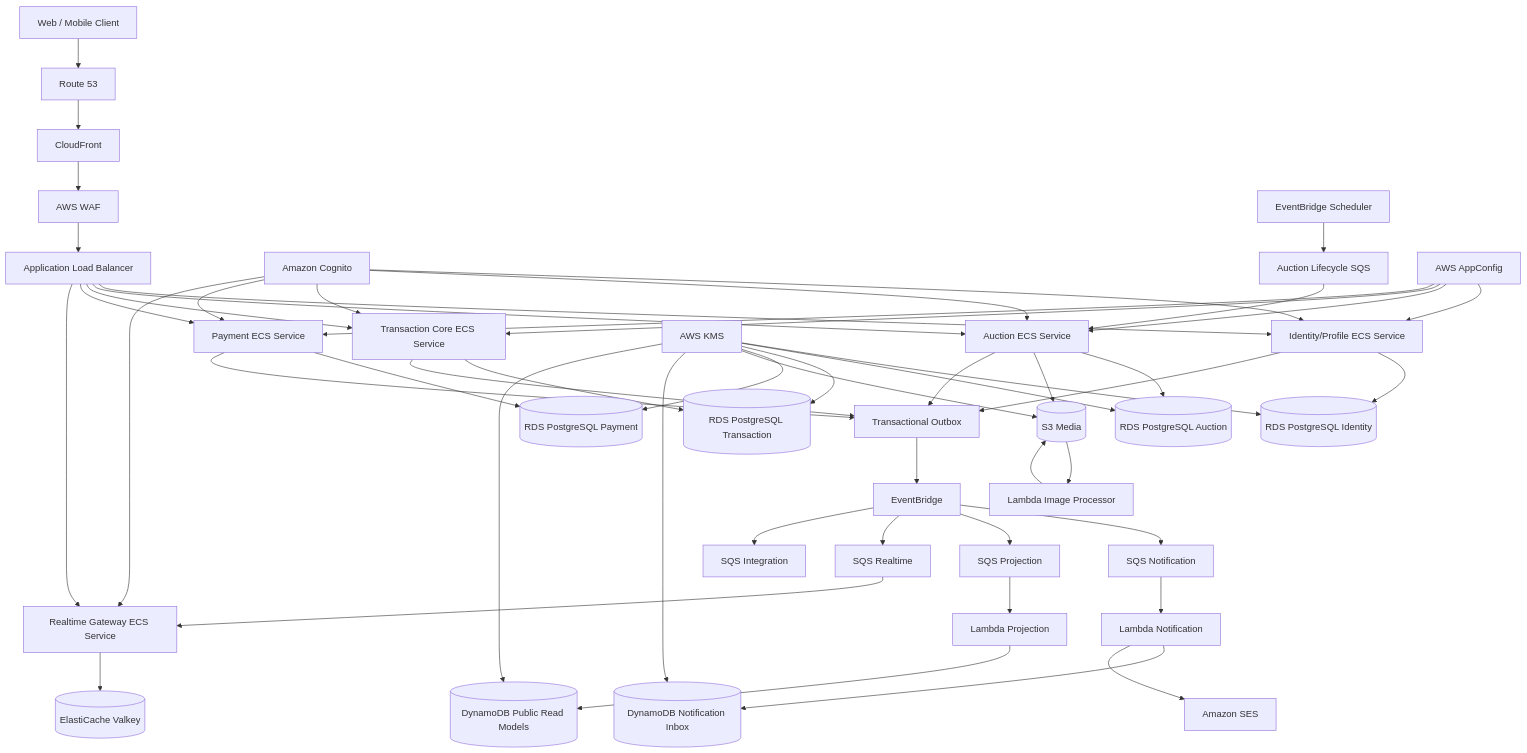
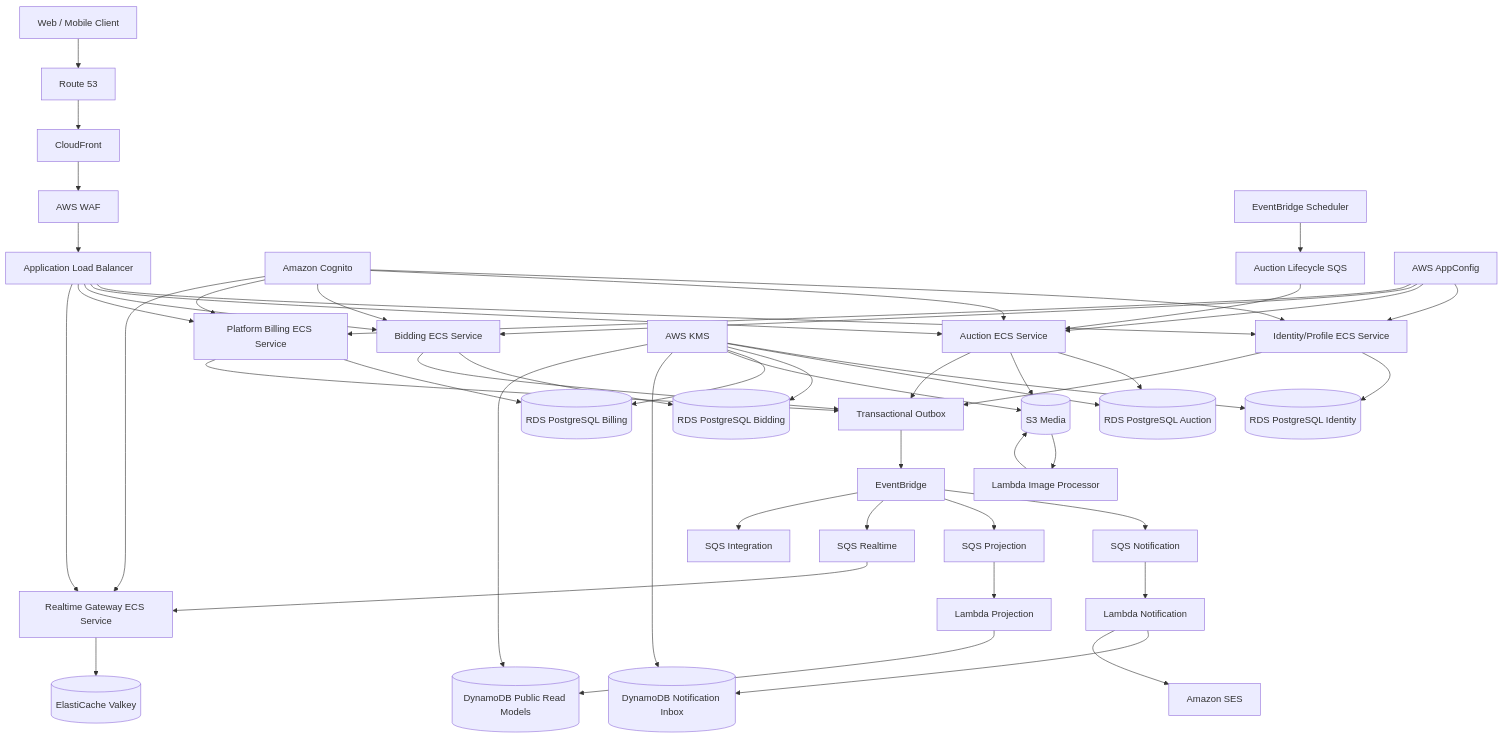
Before and after one commit to AkaDNT/auction-promax: the diagram in api/docs/Auction_Platform_Final_Production_Architecture_Blueprint_and_Roadmap.md, drawn with Mermaid. The commit also changed other lines of this file and 23 other files, not shown here.

Commit message:
Prepare S002 lifecycle gates and V1 architecture candidate

````diff
--- a/api/docs/Auction_Platform_Final_Production_Architecture_Blueprint_and_Roadmap.md
+++ b/api/docs/Auction_Platform_Final_Production_Architecture_Blueprint_and_Roadmap.md
@@ -160,66 +163,66 @@
 ```mermaid
 flowchart TD
     U[Web / Mobile Client] --> R53[Route 53]
     R53 --> CF[CloudFront]
     CF --> WAF[AWS WAF]
     WAF --> ALB[Application Load Balancer]
 
     ALB --> ID[Identity/Profile ECS Service]
     ALB --> AU[Auction ECS Service]
-    ALB --> TX[Transaction Core ECS Service]
-    ALB --> PAY[Payment ECS Service]
+    ALB --> BID[Bidding ECS Service]
+    ALB --> BILL[Platform Billing ECS Service]
     ALB --> RT[Realtime Gateway ECS Service]
 
     COG[Amazon Cognito] --> ID
     COG --> AU
-    COG --> TX
-    COG --> PAY
+    COG --> BID
+    COG --> BILL
     COG --> RT
 
     ID --> RDS1[(RDS PostgreSQL Identity)]
     AU --> RDS2[(RDS PostgreSQL Auction)]
-    TX --> RDS3[(RDS PostgreSQL Transaction)]
-    PAY --> RDS4[(RDS PostgreSQL Payment)]
+    BID --> RDS3[(RDS PostgreSQL Bidding)]
+    BILL --> RDS4[(RDS PostgreSQL Billing)]
 
     AU --> S3[(S3 Media)]
     RT --> REDIS[(ElastiCache Valkey)]
 
     ID --> OUT[Transactional Outbox]
     AU --> OUT
-    TX --> OUT
-    PAY --> OUT
+    BID --> OUT
+    BILL --> OUT
 
     OUT --> EB[EventBridge]
     EB --> Q1[SQS Notification]
     EB --> Q2[SQS Projection]
     EB --> Q3[SQS Realtime]
     EB --> Q4[SQS Integration]
 
     Q1 --> LN[Lambda Notification]
     LN --> DDB1[(DynamoDB Notification Inbox)]
     LN --> SES[Amazon SES]
 
     Q2 --> LP[Lambda Projection]
     LP --> DDB2[(DynamoDB Public Read Models)]
 
     Q3 --> RT
 
     S3 --> IMG[Lambda Image Processor]
     IMG --> S3
 
     SCH[EventBridge Scheduler] --> LQ[Auction Lifecycle SQS]
     LQ --> AU
 
     APPCFG[AWS AppConfig] --> ID
     APPCFG --> AU
-    APPCFG --> TX
-    APPCFG --> PAY
+    APPCFG --> BID
+    APPCFG --> BILL
 
     KMS[AWS KMS] --> RDS1
     KMS --> RDS2
     KMS --> RDS3
     KMS --> RDS4
     KMS --> S3
     KMS --> DDB1
     KMS --> DDB2
 ```
````
